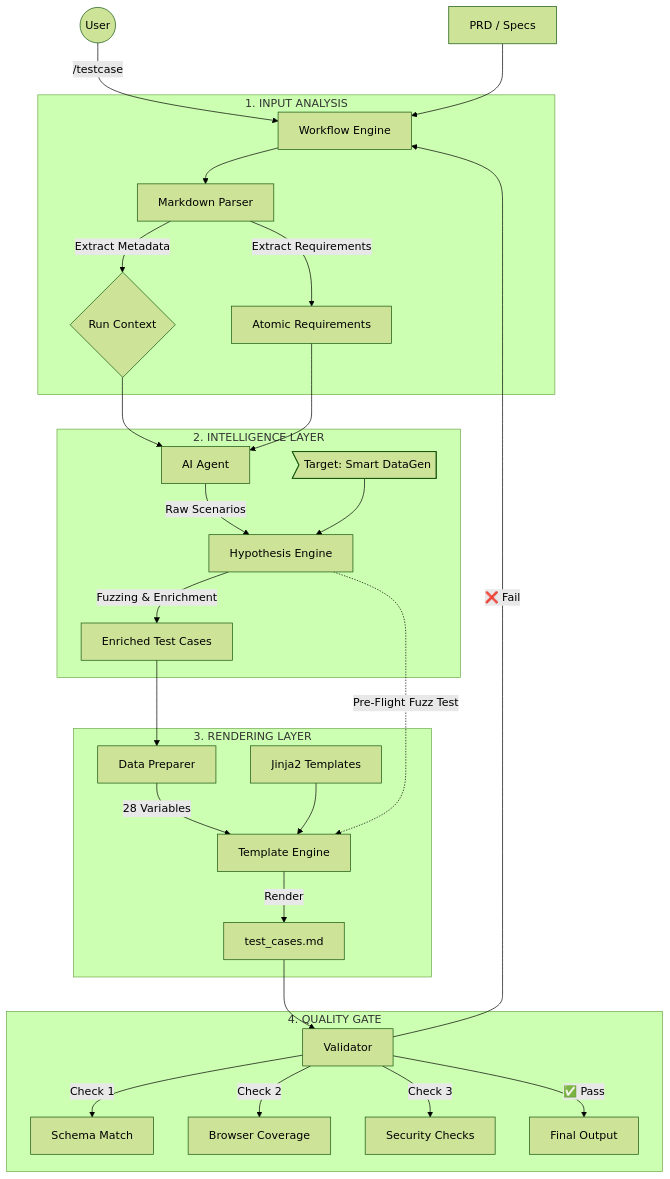
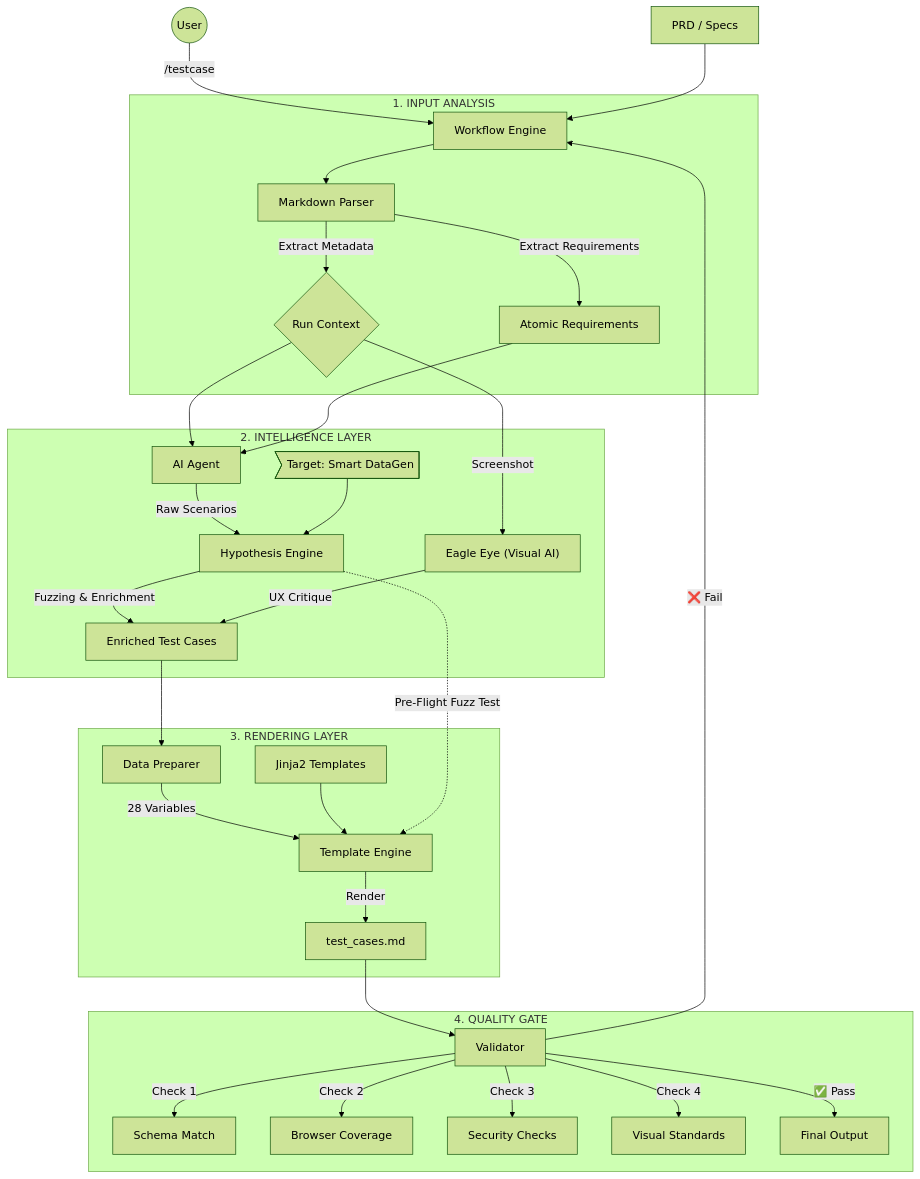
One commit to TNMThangHo/workflowtest changed the diagram in docs/workflow_diagram.md. Above: the diagram before and after it, drawn with Mermaid (forest theme). The commit also changed other lines of this file and 15 other files, not shown here.

````diff
--- a/docs/workflow_diagram.md
+++ b/docs/workflow_diagram.md
@@ -7,48 +7,53 @@
 ```mermaid
 graph TD
     %% User Input
     User((User)) -->|"/testcase"| Main[Workflow Engine]
     PRD[PRD / Specs] --> Main
 
     %% Phase 1: Preparation
     subgraph "1. INPUT ANALYSIS"
         Main --> Parser[Markdown Parser]
         Parser -->|Extract Metadata| Context{Run Context}
         Parser -->|Extract Requirements| Req[Atomic Requirements]
     end
 
     %% Phase 2: Intelligence
     subgraph "2. INTELLIGENCE LAYER"
         Context --> AI[AI Agent]
         Req --> AI
 
         AI -->|Raw Scenarios| Hypo[Hypothesis Engine]
 
         note1>Target: Smart DataGen] --> Hypo
         Hypo -->|Fuzzing & Enrichment| EnrichedJson[Enriched Test Cases]
+
+        %% New Visual Capability
+        Context -->|Screenshot| VisualAI["Eagle Eye (Visual AI)"]
+        VisualAI -->|UX Critique| EnrichedJson
     end
 
     %% Phase 3: Rendering
     subgraph "3. RENDERING LAYER"
         EnrichedJson --> Exporter[Data Preparer]
         Exporter -->|28 Variables| TmplEng[Template Engine]
 
         Tmpl[Jinja2 Templates] --> TmplEng
         TmplEng -->|Render| Markdown[test_cases.md]
     end
 
     %% Phase 4: Quality Assurance
     subgraph "4. QUALITY GATE"
         Markdown --> Validator[Validator]
 
         Validator -->|Check 1| Schema[Schema Match]
         Validator -->|Check 2| Browser[Browser Coverage]
         Validator -->|Check 3| Security[Security Checks]
+        Validator -->|Check 4| Visual[Visual Standards]
 
         Validator -- "❌ Fail" --> Main
         Validator -- "✅ Pass" --> Final[Final Output]
     end
 
     %% Self-Healing Loop
     Hypo -.->|Pre-Flight Fuzz Test| TmplEng
 ```
````
